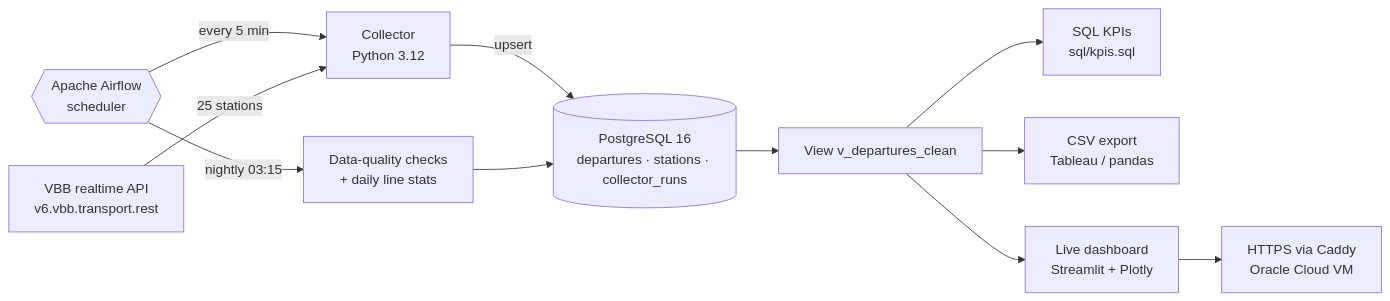
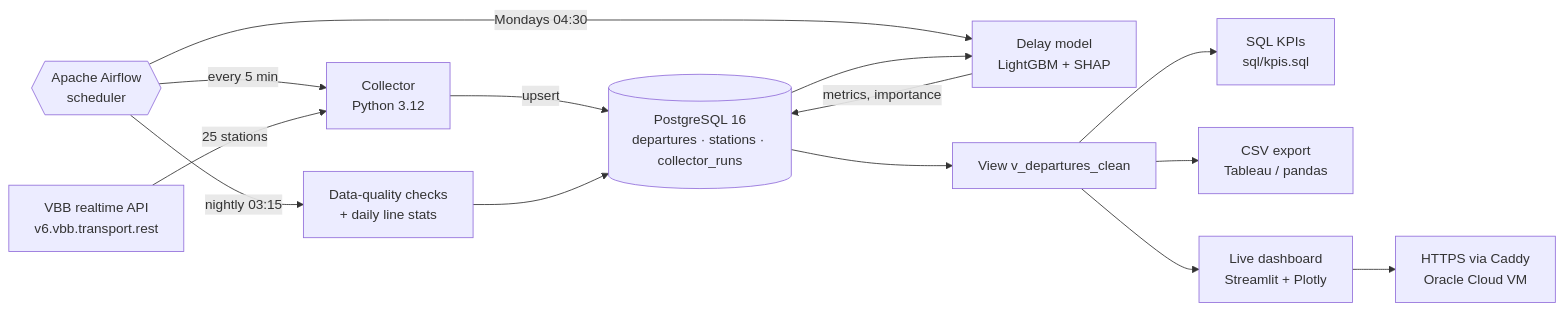
One commit to Anant2580/berlin-transit-delays changed the diagram in README.md. Above: the diagram before and after it, drawn with Mermaid. The commit also changed other lines of this file and 16 other files, not shown here.

First line of the commit message:
Predict late departures with LightGBM, explained with SHAP

````diff
--- a/README.md
+++ b/README.md
@@ -28,13 +29,16 @@
 ```mermaid
 flowchart LR
     AF{{"Apache Airflow<br/>scheduler"}} -->|every 5 min| C["Collector<br/>Python 3.12"]
     API["VBB realtime API<br/>v6.vbb.transport.rest"] -->|25 stations| C
     C -->|upsert| DB[("PostgreSQL 16<br/>departures · stations · collector_runs")]
     AF -->|nightly 03:15| Q["Data-quality checks<br/>+ daily line stats"]
     Q --> DB
+    AF -->|Mondays 04:30| ML["Delay model<br/>LightGBM + SHAP"]
+    DB --> ML
+    ML -->|metrics, importance| DB
     DB --> V["View v_departures_clean"]
     V --> K["SQL KPIs<br/>sql/kpis.sql"]
     V --> E["CSV export<br/>Tableau / pandas"]
     V --> D["Live dashboard<br/>Streamlit + Plotly"]
     D --> W["HTTPS via Caddy<br/>Oracle Cloud VM"]
 ```
````
